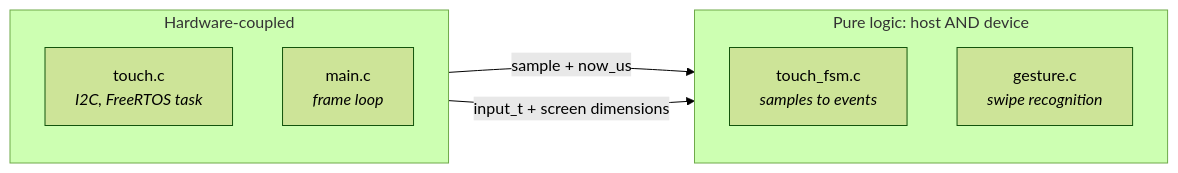
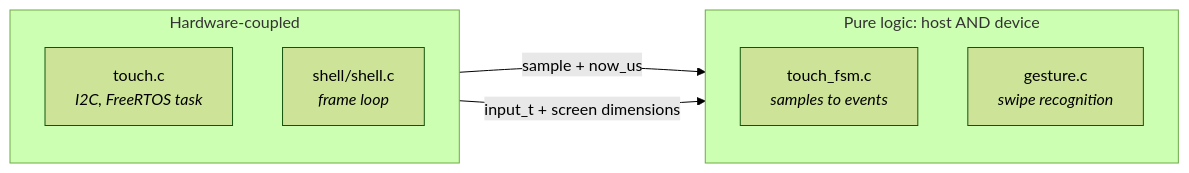
Before and after one commit to jose-villegas/autana: the second of 2 diagrams in docs/Testing-Guide.md, drawn with Mermaid (forest theme). The commit also changed other lines of this file and 7 other files, not shown here.

````diff
--- a/docs/Testing-Guide.md
+++ b/docs/Testing-Guide.md
@@ -576,17 +576,17 @@
 ```mermaid
 flowchart LR
     subgraph hw["Hardware-coupled"]
         direction TB
         HW1["touch.c<br/><i>I2C, FreeRTOS task</i>"]
-        HW4["main.c<br/><i>frame loop</i>"]
+        HW4["shell/shell.c<br/><i>frame loop</i>"]
     end
 
     subgraph pure["Pure logic: host AND device"]
         direction TB
         P1["touch_fsm.c<br/><i>samples to events</i>"]
         P2["gesture.c<br/><i>swipe recognition</i>"]
     end
 
     HW1 -->|"sample + now_us"| P1
     HW4 -->|"input_t + screen dimensions"| P2
 ```
````
